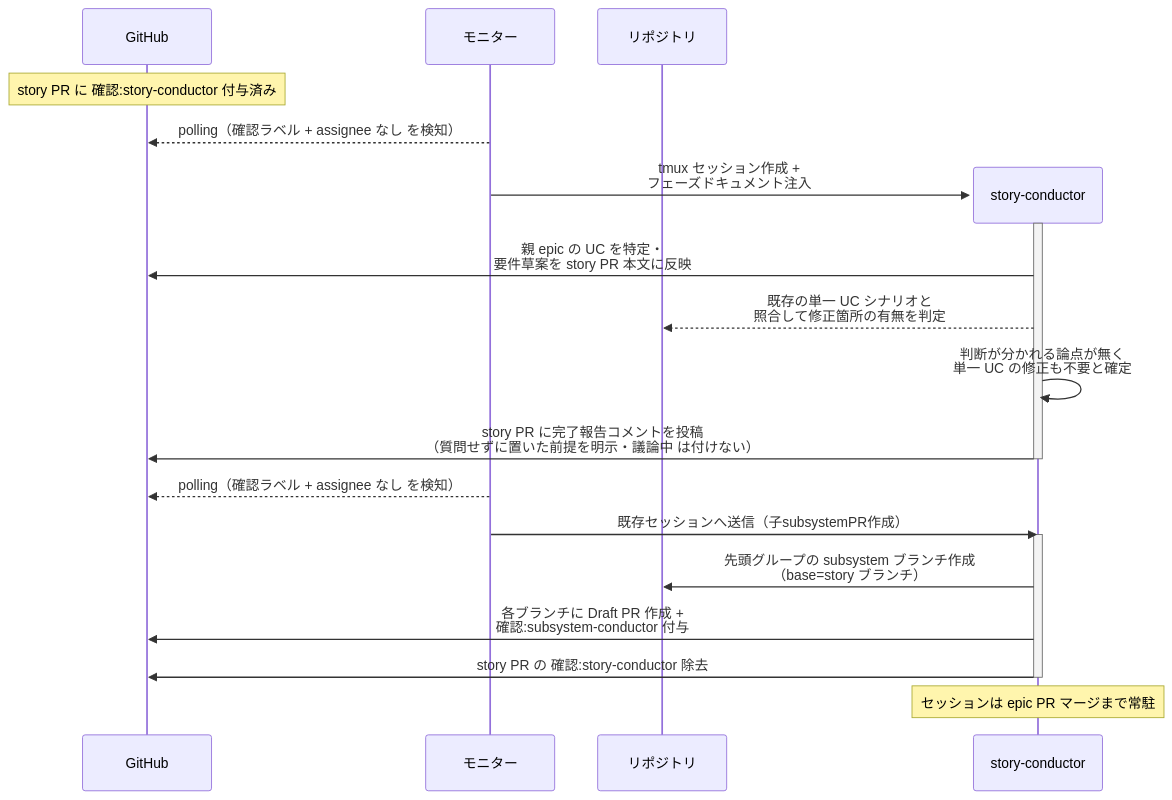
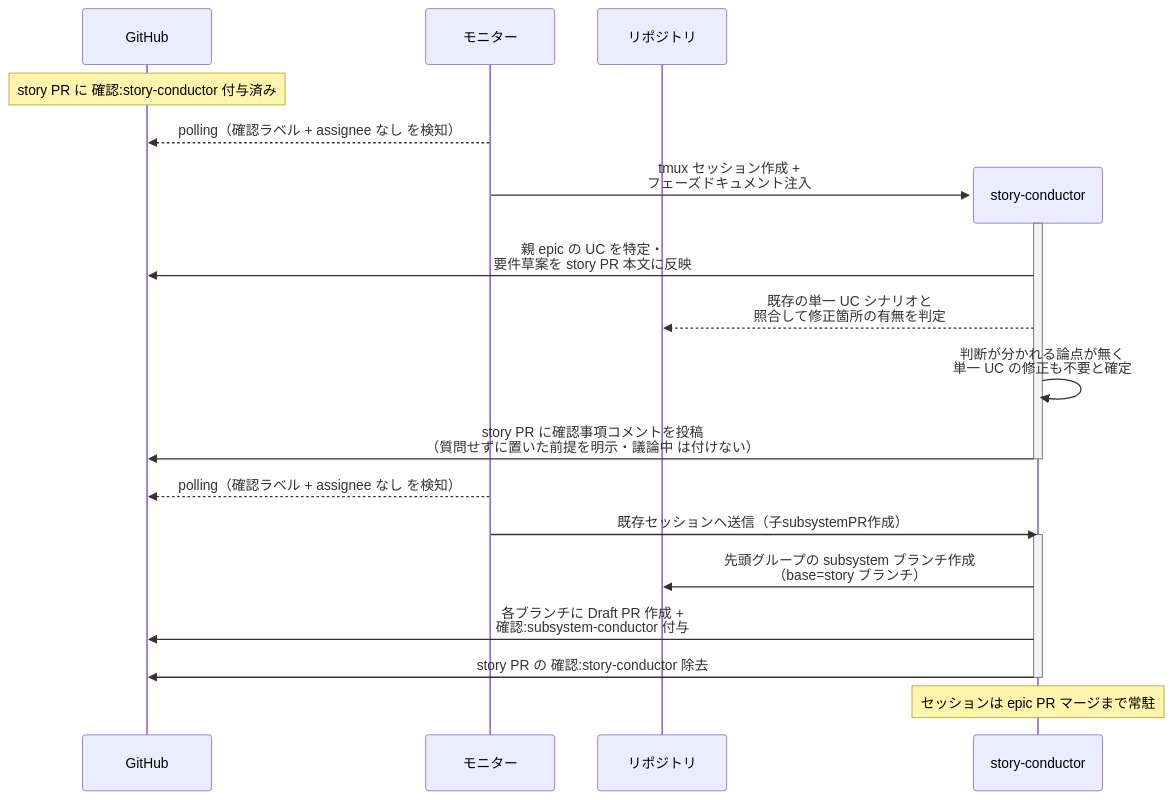
Before and after one commit to shuhei1101/ai-monitor: the second of 3 diagrams in docs/wiki/設計図/シナリオ/単一ユースケース/story要件確定.md, drawn with Mermaid. The commit also changed other lines of this file and 174 other files, not shown here.

````diff
--- a/docs/wiki/設計図/シナリオ/単一ユースケース/story要件確定.md
+++ b/docs/wiki/設計図/シナリオ/単一ユースケース/story要件確定.md
@@ -92,26 +92,26 @@
 ```mermaid
 sequenceDiagram
   participant GH as GitHub
   participant ORC as モニター
   participant REPO as リポジトリ
 
   Note over GH: story PR に 確認:story-conductor 付与済み
   ORC-->>GH: polling（確認ラベル + assignee なし を検知）
   create participant MON as story-conductor
   ORC->>MON: tmux セッション作成 +<br>フェーズドキュメント注入
   activate MON
   MON->>GH: 親 epic の UC を特定・<br>要件草案を story PR 本文に反映
   MON-->>REPO: 既存の単一 UC シナリオと<br>照合して修正箇所の有無を判定
   MON->>MON: 判断が分かれる論点が無く<br>単一 UC の修正も不要と確定
-  MON->>GH: story PR に完了報告コメントを投稿<br>（質問せずに置いた前提を明示・議論中 は付けない）
+  MON->>GH: story PR に確認事項コメントを投稿<br>（質問せずに置いた前提を明示・議論中 は付けない）
   deactivate MON
 
   ORC-->>GH: polling（確認ラベル + assignee なし を検知）
   ORC->>MON: 既存セッションへ送信（子subsystemPR作成）
   activate MON
   MON->>REPO: 先頭グループの subsystem ブランチ作成<br>（base=story ブランチ）
   MON->>GH: 各ブランチに Draft PR 作成 +<br>確認:subsystem-conductor 付与
   MON->>GH: story PR の 確認:story-conductor 除去
   deactivate MON
   Note over MON: セッションは epic PR マージまで常駐
 ```
````
